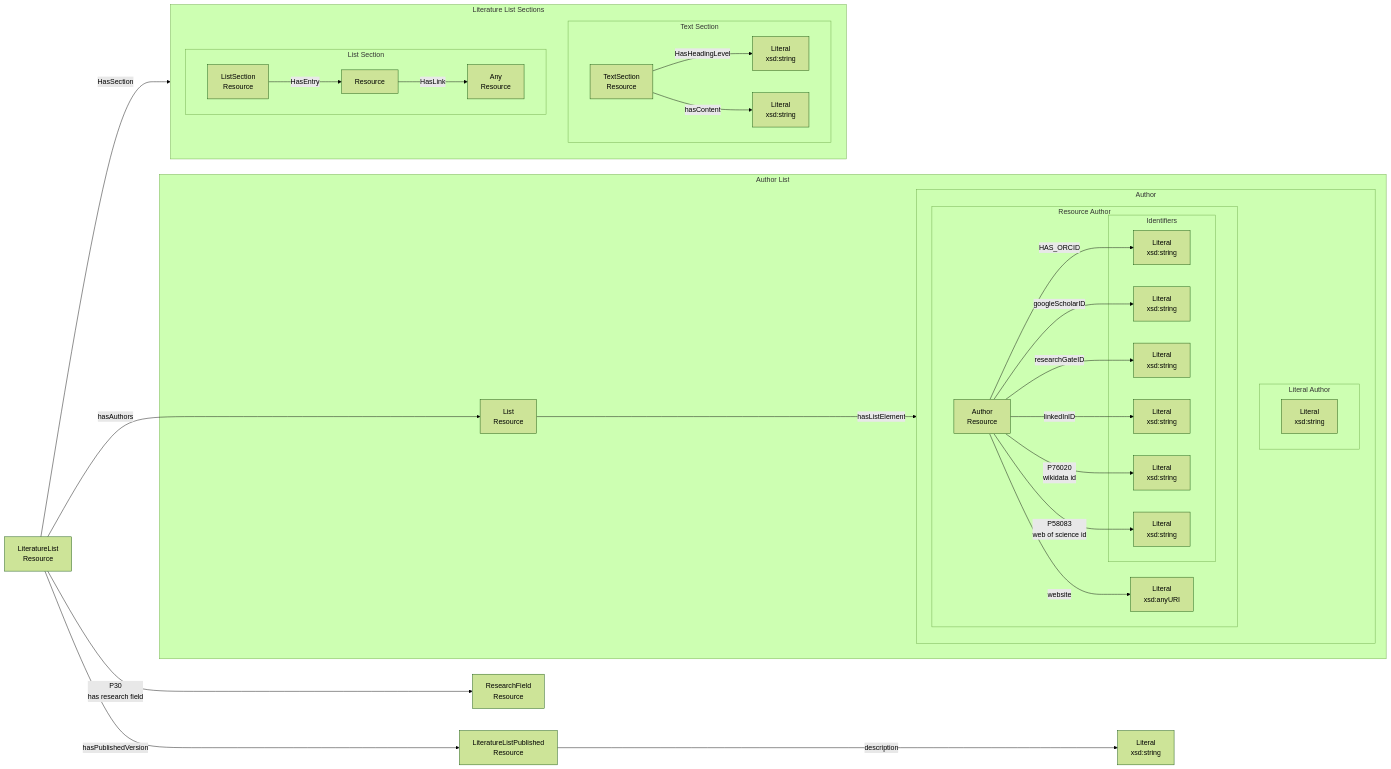
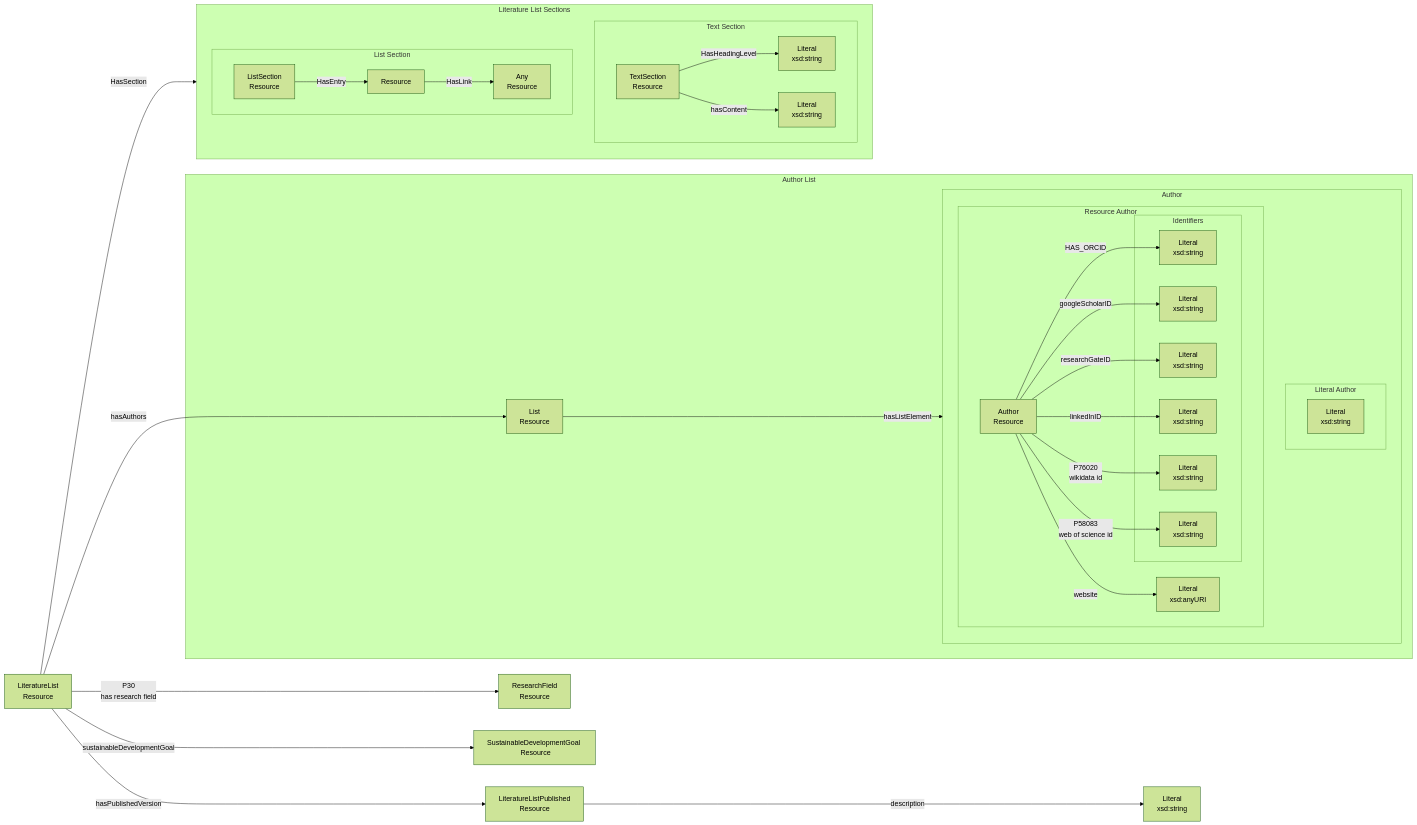
Before and after one commit to TIBHannover/orkg-backend: the diagram in docs/modules/ROOT/pages/reference/model/literature-list.adoc, drawn with Mermaid (forest theme). The commit also changed 3 other files, not shown here.

```diff
--- a/docs/modules/ROOT/pages/reference/model/literature-list.adoc
+++ b/docs/modules/ROOT/pages/reference/model/literature-list.adoc
@@ -3,46 +3,47 @@
 [mermaid,width=100%]
 ----
 flowchart LR
     LiteratureListPublished[LiteratureListPublished \n Resource] --> |"description"| description[Literal \n xsd:string]
 	LiteratureList[LiteratureList \n Resource] --> |"hasPublishedVersion"| LiteratureListPublished
     LiteratureList --> |"hasAuthors"| authorList[List \n Resource]
 	LiteratureList --> |"P30 \n has research field"| researchField[ResearchField \n Resource]
     subgraph Author List
         authorList --> |"hasListElement"| Author
 		subgraph Author
 			subgraph Literal Author
 				literalAuthor[Literal \n xsd:string]
 			end
 			subgraph Resource Author
 				resourceAuthor[Author \n Resource] --> |"website"| resourceAuthorWebsite[Literal \n xsd:anyURI]
 				resourceAuthor --> |"HAS_ORCID"| orcid[Literal \n xsd:string]
 				resourceAuthor --> |"googleScholarID"| googleScholarID[Literal \n xsd:string]
 				resourceAuthor --> |"researchGateID"| researchGateID[Literal \n xsd:string]
 				resourceAuthor --> |"linkedInID"| linkedInID[Literal \n xsd:string]
 				resourceAuthor --> |"P76020 \n wikidata id"| wikidataId[Literal \n xsd:string]
 				resourceAuthor --> |"P58083 \n web of science id"| webOfScienceId[Literal \n xsd:string]
 				subgraph Identifiers
 					orcid
 					googleScholarID
 					researchGateID
 					linkedInID
 					wikidataId
 					webOfScienceId
 				end
 			end
 		end
     end
 	LiteratureList --> |"HasSection"| literatureListSections
 	subgraph literatureListSections[Literature List Sections]
 		listSection[ListSection \n Resource]
 		textSection[TextSection \n Resource]
 		subgraph Text Section
 			textSection --> |"HasHeadingLevel"| headingLevel[Literal \n xsd:string]
 			textSection --> |"hasContent"| content[Literal \n xsd:string]
 		end
 		subgraph List Section
 			listSection --> |"HasEntry"| entry[Resource]
 			entry --> |"HasLink"| any[Any \n Resource]
 		end
 	end
+	LiteratureList --> |"sustainableDevelopmentGoal"| sdg[SustainableDevelopmentGoal \n Resource]
 ----
```
